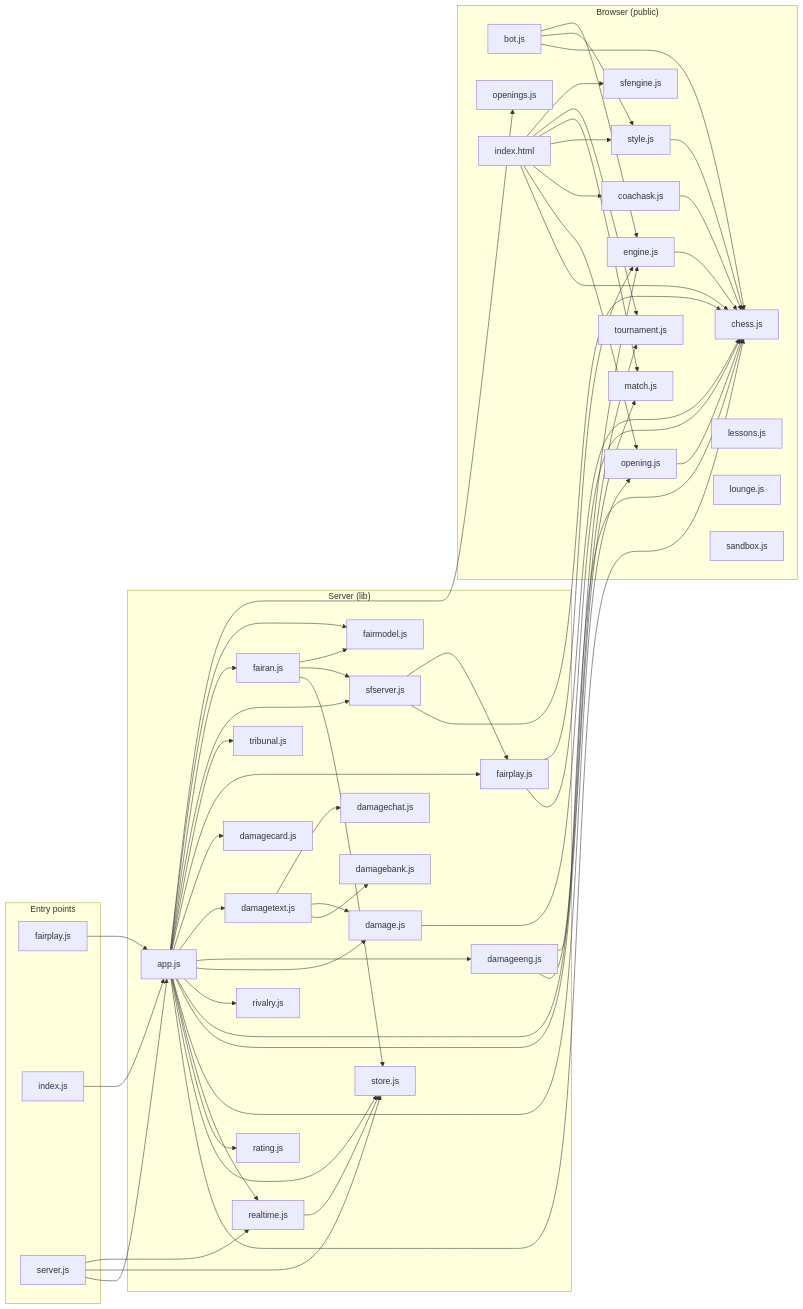
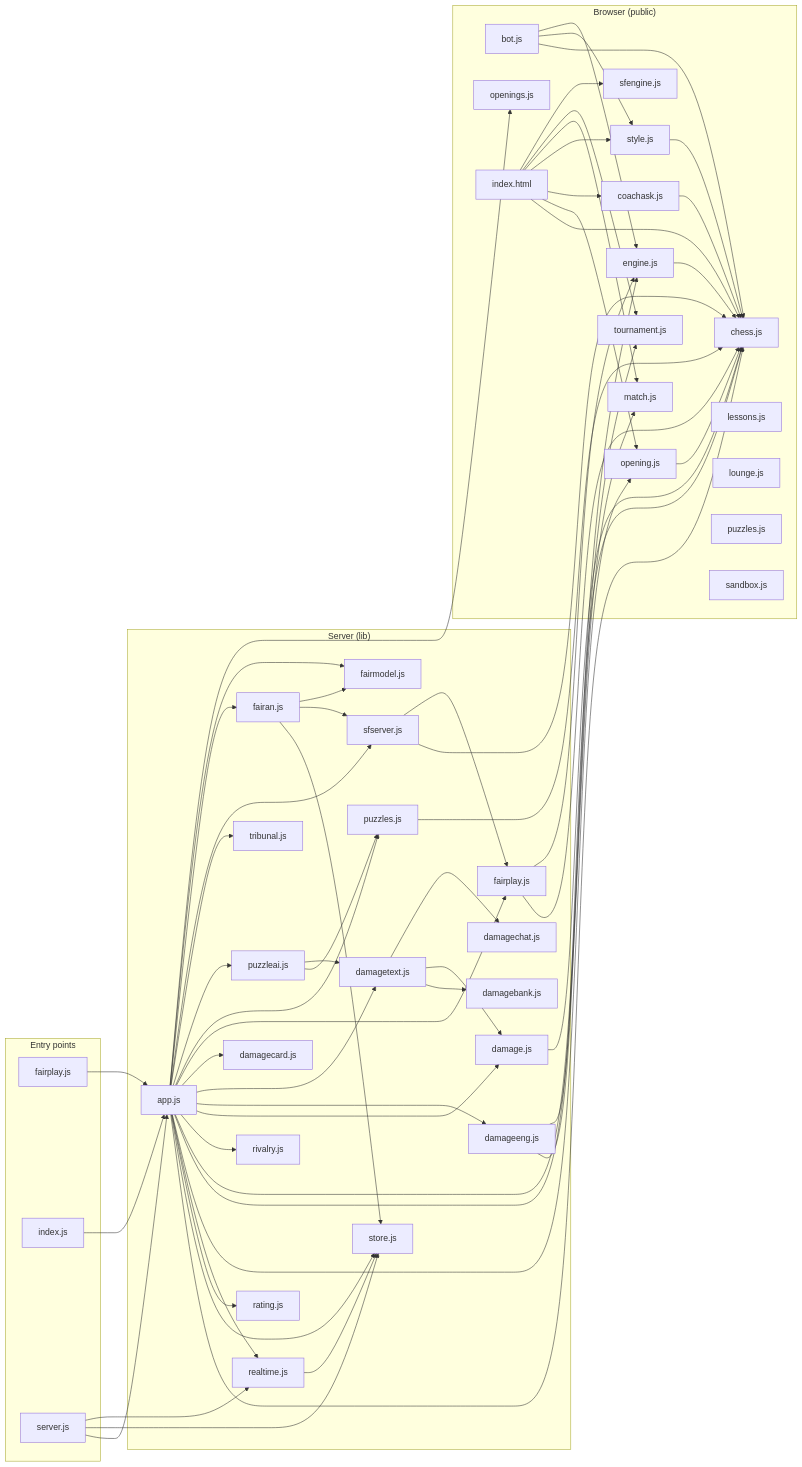
The diagram in docs/code-map.md (Vihaancoding/chess-with-friends), drawn with Mermaid before and after one commit. The commit also changed other lines of this file and 7 other files, not shown here.

```diff
--- a/docs/code-map.md
+++ b/docs/code-map.md
@@ -20,6 +20,8 @@
     lib_fairan_js["fairan.js"]
     lib_fairmodel_js["fairmodel.js"]
     lib_fairplay_js["fairplay.js"]
+    lib_puzzleai_js["puzzleai.js"]
+    lib_puzzles_js["puzzles.js"]
     lib_rating_js["rating.js"]
     lib_realtime_js["realtime.js"]
     lib_rivalry_js["rivalry.js"]
@@ -37,6 +39,7 @@
     public_match_js["match.js"]
     public_opening_js["opening.js"]
     public_openings_js["openings.js"]
+    public_puzzles_js["puzzles.js"]
     public_sandbox_js["sandbox.js"]
     public_sfengine_js["sfengine.js"]
     public_style_js["style.js"]
@@ -61,6 +64,8 @@
   lib_app_js --> lib_damagetext_js
   lib_app_js --> lib_damagecard_js
   lib_app_js --> lib_fairplay_js
+  lib_app_js --> lib_puzzles_js
+  lib_app_js --> lib_puzzleai_js
   lib_app_js --> lib_tribunal_js
   lib_app_js --> lib_sfserver_js
   lib_app_js --> lib_fairan_js
@@ -77,6 +82,9 @@
   lib_fairan_js --> lib_fairmodel_js
   lib_fairplay_js --> public_chess_js
   lib_fairplay_js --> public_engine_js
+  lib_puzzleai_js --> lib_puzzles_js
+  lib_puzzleai_js --> lib_damagetext_js
+  lib_puzzles_js --> public_chess_js
   lib_realtime_js --> lib_store_js
   lib_sfserver_js --> public_chess_js
   lib_sfserver_js --> lib_fairplay_js
```
